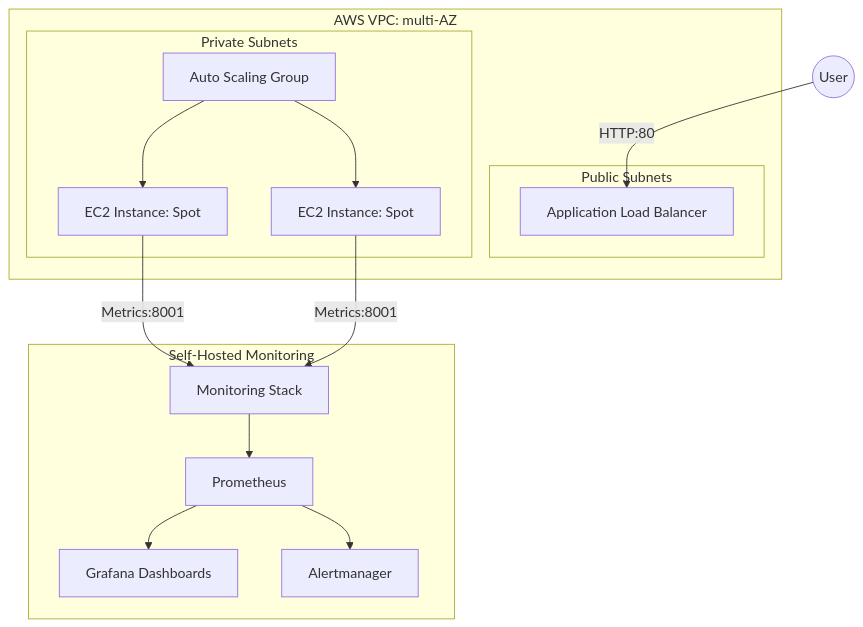
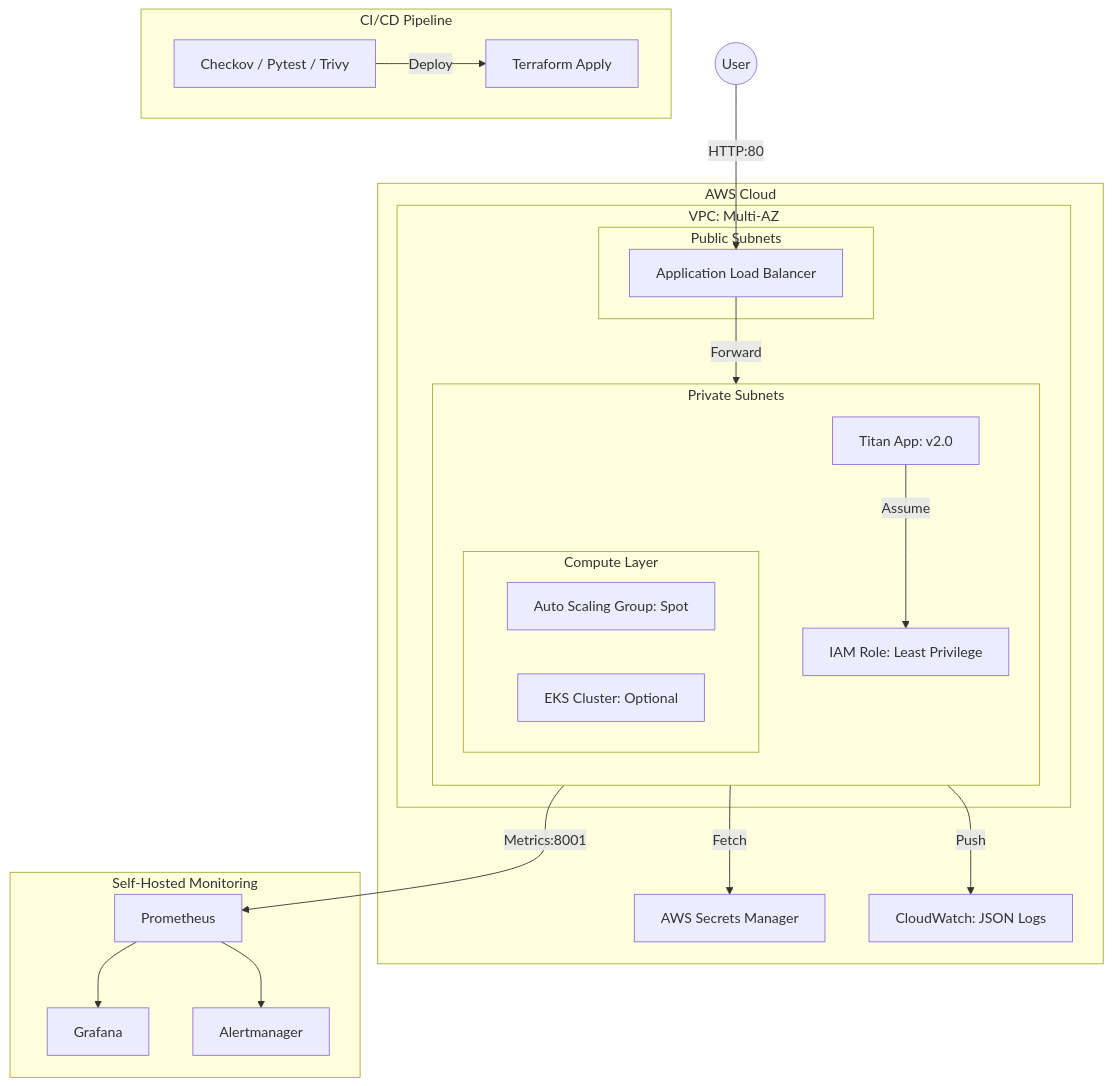
The diagram in README.md (jeff50508/AWS_HA), drawn with Mermaid before and after one commit.

Commit message:
UPDATE:update mermaid structure

````diff
--- a/README.md
+++ b/README.md
@@ -11,23 +11,41 @@
 ```mermaid
 graph TD
     User((User)) -->|HTTP:80| ALB[Application Load Balancer]
-    subgraph VPC [AWS VPC: multi-AZ]
-        subgraph PublicSubnets [Public Subnets]
-            ALB
+    
+    subgraph GitHub_Actions [CI/CD Pipeline]
+        CI[Checkov / Pytest / Trivy] -->|Deploy| TF[Terraform Apply]
+    end
+
+    subgraph AWS_Cloud [AWS Cloud]
+        subgraph VPC [VPC: Multi-AZ]
+            subgraph PublicSubnets [Public Subnets]
+                ALB
+            end
+            
+            subgraph PrivateSubnets [Private Subnets]
+                direction TB
+                subgraph Compute_Options [Compute Layer]
+                    ASG[Auto Scaling Group: Spot]
+                    EKS[EKS Cluster: Optional]
+                end
+                
+                App[Titan App: v2.0]
+                IAM[IAM Role: Least Privilege]
+            end
         end
-        subgraph PrivateSubnets [Private Subnets]
-            ASG[Auto Scaling Group]
-            Instance1[EC2 Instance: Spot]
-            Instance2[EC2 Instance: Spot]
-        end
+
+        SM[AWS Secrets Manager]
+        CW[CloudWatch: JSON Logs]
     end
-    ASG --> Instance1
-    ASG --> Instance2
-    Instance1 -->|Metrics:8001| Mon[Monitoring Stack]
-    Instance2 -->|Metrics:8001| Mon
+
+    ALB -->|Forward| App
+    App -->|Fetch| SM
+    App -->|Push| CW
+    App -->|Assume| IAM
+    
     subgraph Observability [Self-Hosted Monitoring]
-        Mon --> Prom[Prometheus]
-        Prom --> Grafana[Grafana Dashboards]
+        App -->|Metrics:8001| Prom[Prometheus]
+        Prom --> Grafana[Grafana]
         Prom --> AM[Alertmanager]
     end
 ```
````
